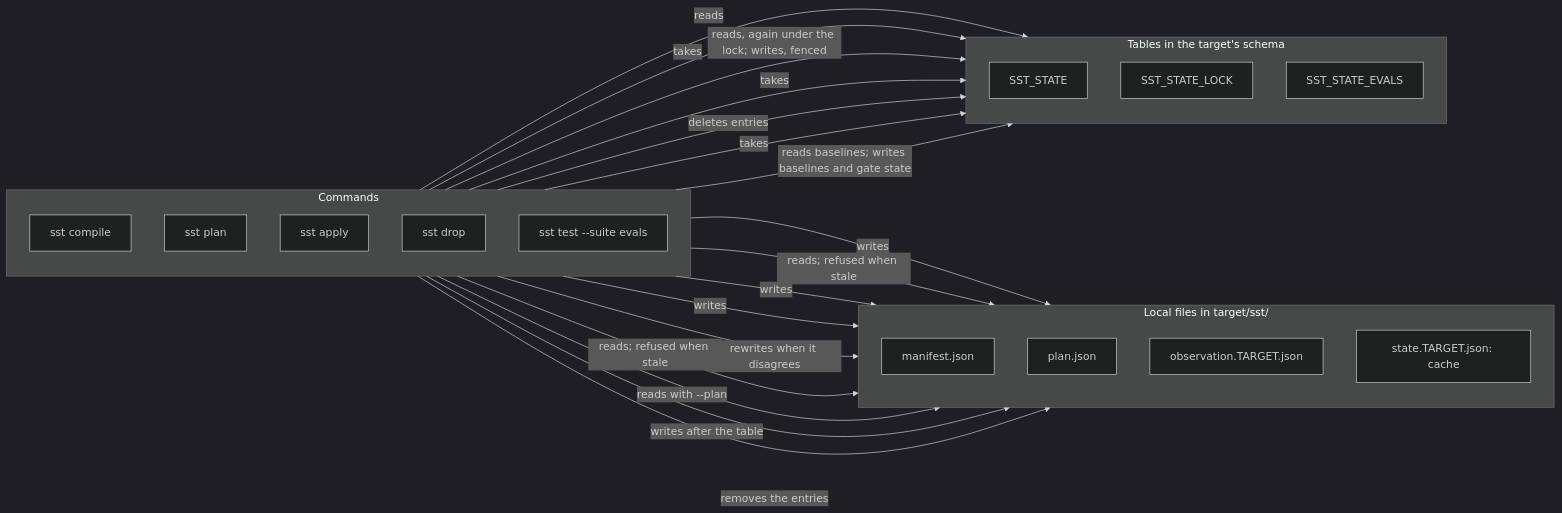
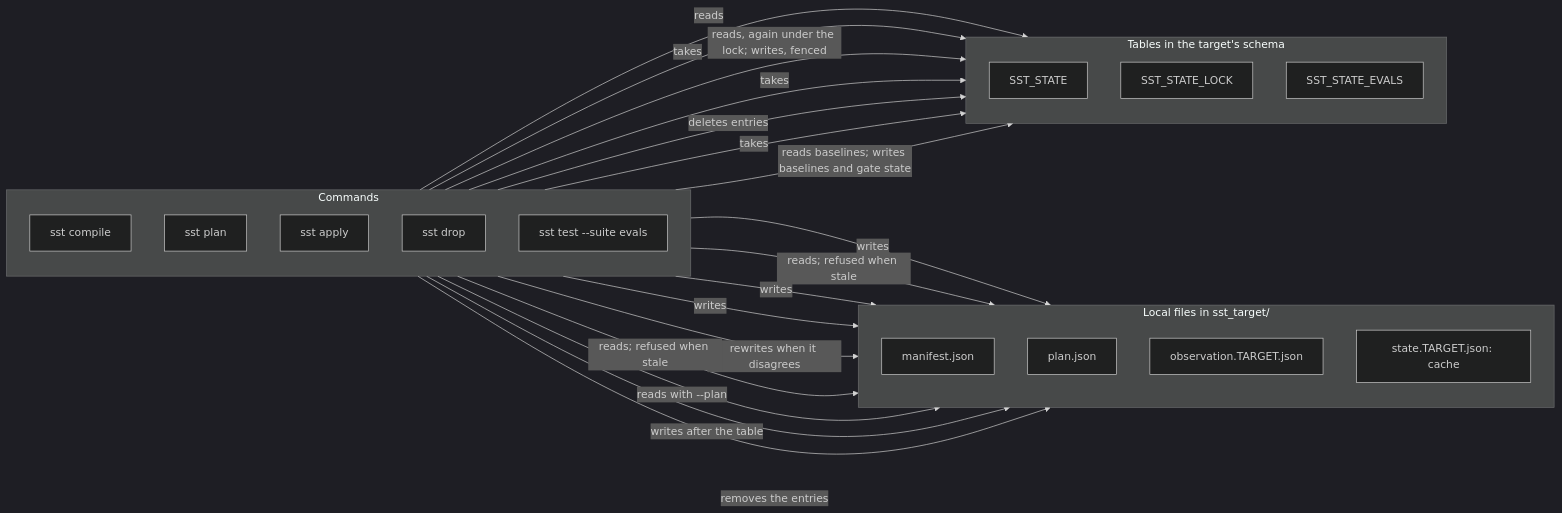
One commit to WhoopInc/snowflake-semantic-tools changed the eighth of 8 diagrams in docs/design/architecture.md. Above: the diagram before and after it, drawn with Mermaid (dark theme). The commit also changed other lines of this file and 77 other files, not shown here.

First line of the commit message:
feat(paths): SST's build directory is sst_target/, beside dbt's target/ and not in it

````diff
--- a/docs/design/architecture.md
+++ b/docs/design/architecture.md
@@ -484,40 +484,40 @@
 ```mermaid
 flowchart LR
     subgraph commands ["Commands"]
         direction TB
         compile["sst compile"]
         plan["sst plan"]
         apply["sst apply"]
         drop["sst drop"]
         evals["sst test --suite evals"]
     end
-    subgraph files ["Local files in target/sst/"]
+    subgraph files ["Local files in sst_target/"]
         direction TB
         M["manifest.json"]
         P["plan.json"]
         O["observation.TARGET.json"]
         S["state.TARGET.json: cache"]
     end
     subgraph tables ["Tables in the target's schema"]
         direction TB
         T["SST_STATE"]
         L["SST_STATE_LOCK"]
         E["SST_STATE_EVALS"]
     end
     compile -->|writes| M
     plan -->|"reads; refused when stale"| M
     plan -->|writes| P
     plan -->|writes| O
     plan -->|reads| T
     plan -->|"rewrites when it disagrees"| S
     apply -->|"reads; refused when stale"| M
     apply -->|"reads with --plan"| P
     apply -->|takes| L
     apply -->|"reads, again under the lock; writes, fenced"| T
     apply -->|"writes after the table"| S
     drop -->|takes| L
     drop -->|"deletes entries"| T
     drop -->|"removes the entries"| S
     evals -->|takes| L
     evals -->|"reads baselines; writes baselines and gate state"| E
 ```
````
